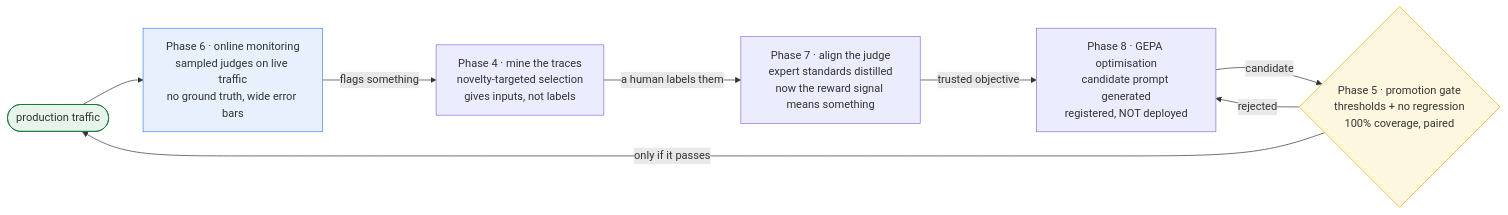
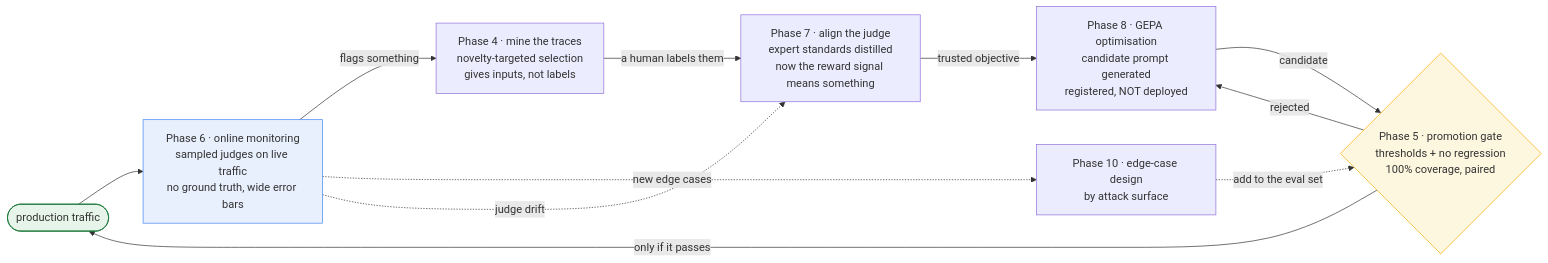
Before and after one commit to Sourav692/Agent_Evaluation_Demystified: the fourth of 7 diagrams in docs/concepts/databricks-mlflow-evals.md, drawn with Mermaid. The commit also changed other lines of this file and 3 other files, not shown here.

First line of the commit message:
phase 4: carry the gate, stratified-reporting and online-vs-offline material

````diff
--- a/docs/concepts/databricks-mlflow-evals.md
+++ b/docs/concepts/databricks-mlflow-evals.md
@@ -347,24 +349,28 @@
 ```mermaid
 flowchart LR
     PROD(["production traffic"]) --> MON
 
     MON["Phase 6 · online monitoring<br/>sampled judges on live traffic<br/>no ground truth, wide error bars"]
     MON -- "flags something" --> MINE
 
     MINE["Phase 4 · mine the traces<br/>novelty-targeted selection<br/>gives inputs, not labels"]
     MINE -- "a human labels them" --> ALIGN
 
     ALIGN["Phase 7 · align the judge<br/>expert standards distilled<br/>now the reward signal means something"]
     ALIGN -- "trusted objective" --> OPT
 
     OPT["Phase 8 · GEPA optimisation<br/>candidate prompt generated<br/>registered, NOT deployed"]
     OPT -- "candidate" --> GATE
 
     GATE{"Phase 5 · promotion gate<br/>thresholds + no regression<br/>100% coverage, paired"}
     GATE -- "only if it passes" --> PROD
     GATE -- "rejected" --> OPT
 
+    MON -. "new edge cases" .-> EDGE["Phase 10 · edge-case design<br/>by attack surface"]
+    EDGE -. "add to the eval set" .-> GATE
+    MON -. "judge drift" .-> ALIGN
+
     style MON fill:#e8f0fe,stroke:#4285f4
     style GATE fill:#fef7e0,stroke:#f9ab00
     style PROD fill:#e6f4ea,stroke:#137333
 ```
````
